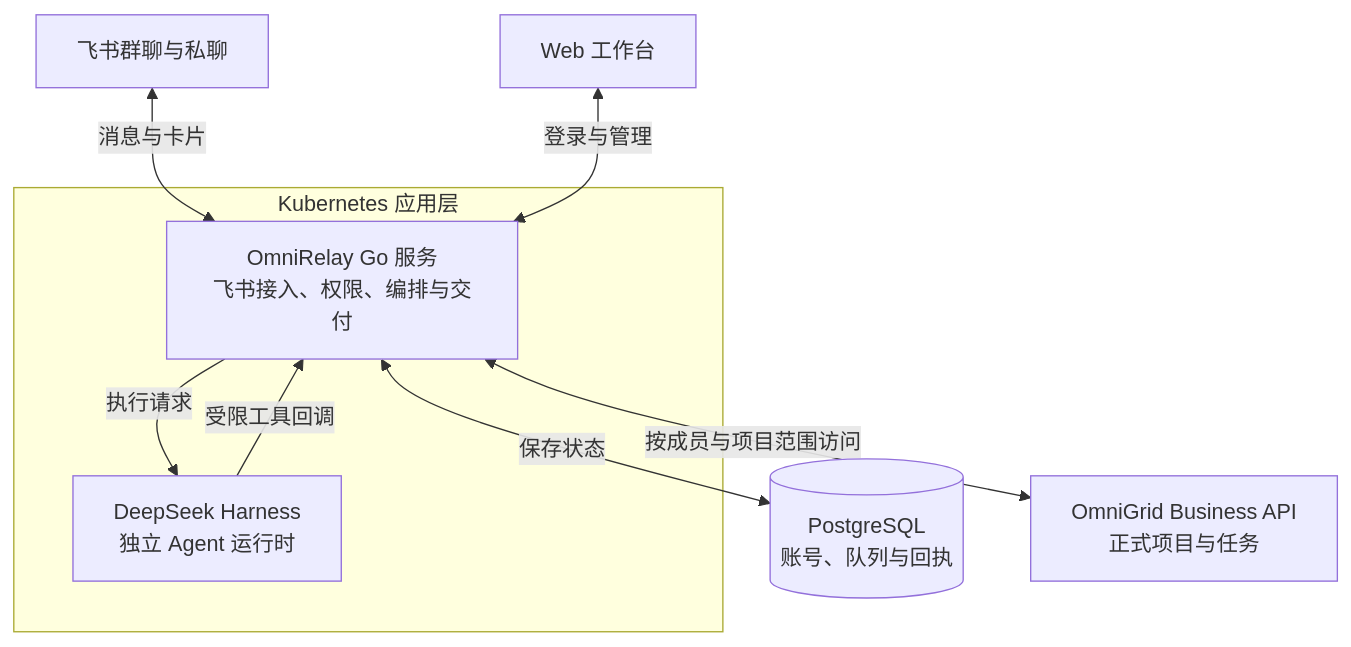
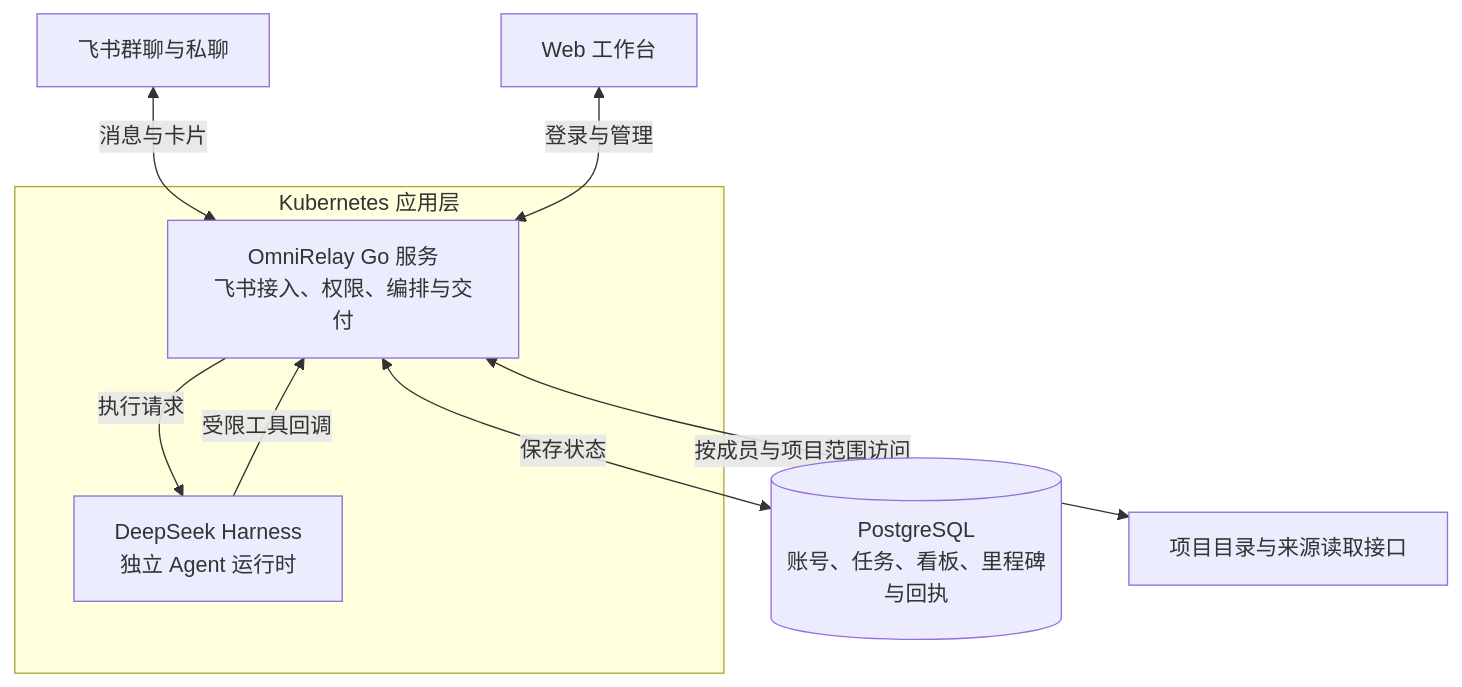
One commit to uniquechao/OmniRelay changed the first of 2 diagrams in README.md. Above: the diagram before and after it, drawn with Mermaid. The commit also changed other lines of this file and 15 other files, not shown here.

````diff
--- a/README.md
+++ b/README.md
@@ -56,19 +56,19 @@
 ```mermaid
 flowchart TB
     Chat["飞书群聊与私聊"]
     Web["Web 工作台"]
-    PG[("PostgreSQL<br/>账号、队列与回执")]
-    Business["OmniGrid Business API<br/>正式项目与任务"]
+    PG[("PostgreSQL<br/>账号、任务、看板、里程碑与回执")]
+    Business["项目目录与来源读取接口"]
 
     subgraph K8s["Kubernetes 应用层"]
         Go["OmniRelay Go 服务<br/>飞书接入、权限、编排与交付"]
         DSH["DeepSeek Harness<br/>独立 Agent 运行时"]
     end
 
     Chat <-->|"消息与卡片"| Go
     Web <-->|"登录与管理"| Go
     Go -->|"执行请求"| DSH
     DSH -->|"受限工具回调"| Go
     Go <-->|"保存状态"| PG
     Go <-->|"按成员与项目范围访问"| Business
 ```
````
